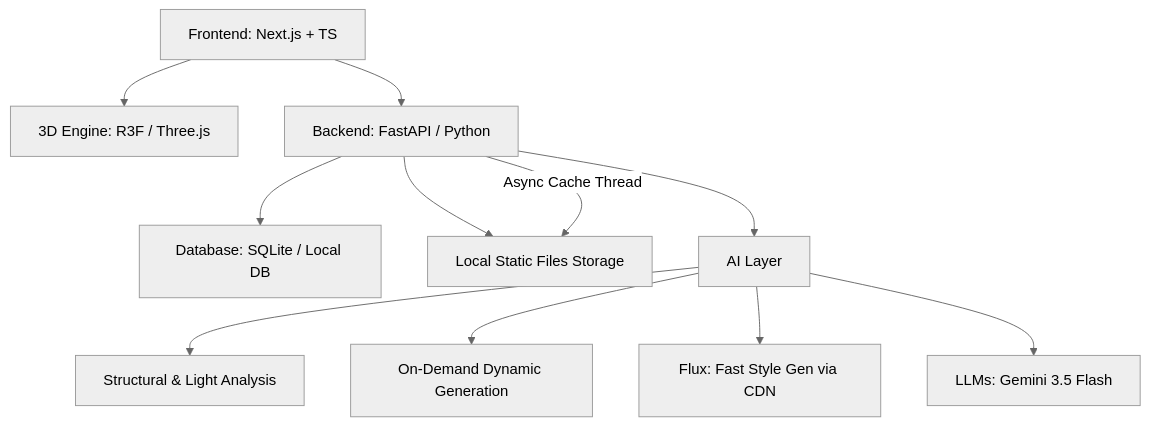
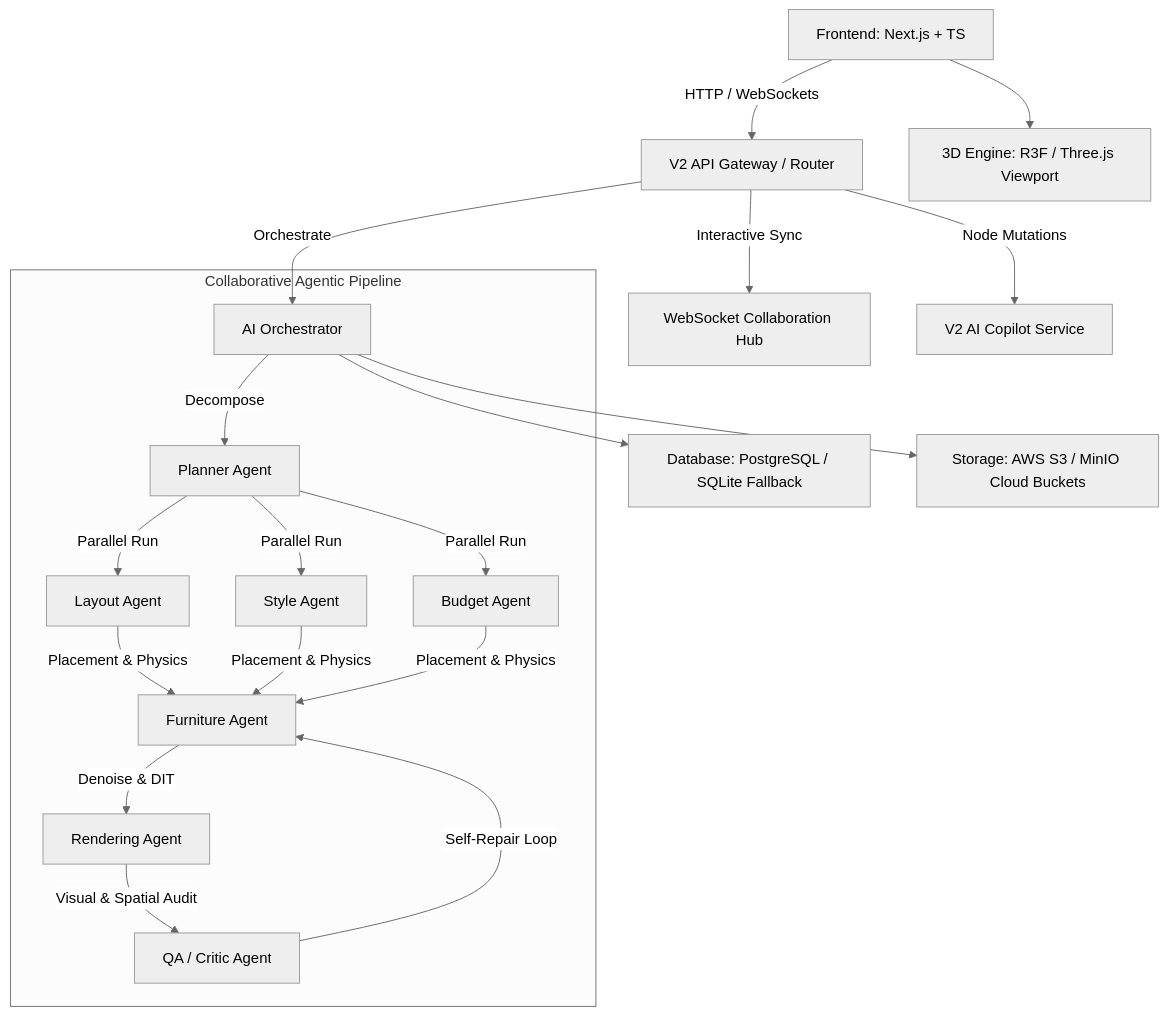
The diagram in README.md (AnishaPaturi/HomeVerse), drawn with Mermaid (neutral theme) before and after one commit. The commit also changed other lines of this file, not shown here.

Commit message:
v12.1 : feat: Update README with V2 Microservices Architecture and AI Rendering Pipeline enhancements

````diff
--- a/README.md
+++ b/README.md
@@ -123,13 +125,25 @@
 ```mermaid
 graph TD
-    A[Frontend: Next.js + TS] --> B[3D Engine: R3F / Three.js]
-    A --> C[Backend: FastAPI / Python]
-    C --> D[Database: SQLite / Local DB]
-    C --> E[Local Static Files Storage]
-    C --> F[AI Layer]
-    F --> F1[Structural & Light Analysis]
-    F --> F2[On-Demand Dynamic Generation]
-    F --> F3[Flux: Fast Style Gen via CDN]
-    F --> F4[LLMs: Gemini 3.5 Flash]
-    C -->|Async Cache Thread| E
+    A[Frontend: Next.js + TS] -->|HTTP / WebSockets| G[V2 API Gateway / Router]
+    G -->|Orchestrate| O[AI Orchestrator]
+    
+    subgraph Collaborative Agentic Pipeline
+        O -->|Decompose| Planner[Planner Agent]
+        Planner -->|Parallel Run| Layout[Layout Agent]
+        Planner -->|Parallel Run| Style[Style Agent]
+        Planner -->|Parallel Run| Budget[Budget Agent]
+        
+        Layout & Style & Budget -->|Placement & Physics| Furniture[Furniture Agent]
+        Furniture -->|Denoise & DIT| Rendering[Rendering Agent]
+        Rendering -->|Visual & Spatial Audit| Critic[QA / Critic Agent]
+        
+        Critic -->|Self-Repair Loop| Furniture
+    end
+    
+    G -->|Interactive Sync| WS[WebSocket Collaboration Hub]
+    G -->|Node Mutations| Copilot[V2 AI Copilot Service]
+    
+    A --> B[3D Engine: R3F / Three.js Viewport]
+    O --> D[Database: PostgreSQL / SQLite Fallback]
+    O --> S[Storage: AWS S3 / MinIO Cloud Buckets]
 ```
````
